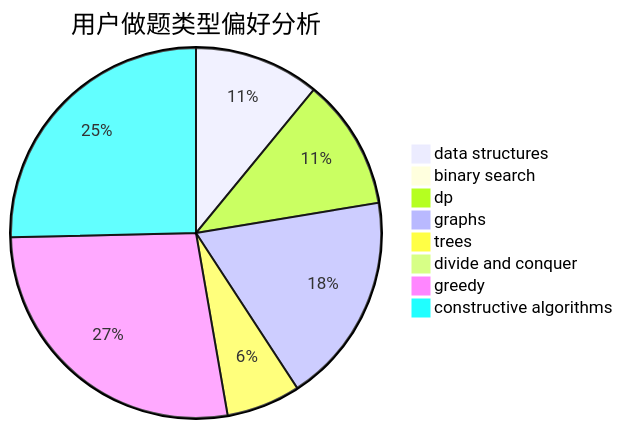
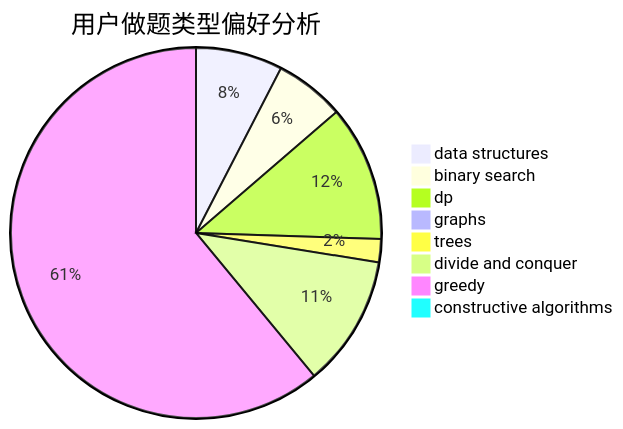
The second of 3 diagrams in docs/user/u265.md (sherpahu/cfrs.github.io), drawn with Mermaid before and after one commit. The commit also changed other lines of this file and 2770 other files, not shown here.

````diff
--- a/docs/user/u265.md
+++ b/docs/user/u265.md
@@ -23,11 +23,11 @@
 ```mermaid
 pie title 用户做题类型偏好分析
-    "data structures" :  22
-    "binary search" :  2
-    "dp" :  23
-    "graphs" :  37
-    "trees" :  13
-    "divide and conquer" :  0
-    "greedy" :  55
-    "constructive algorithms" :  51
+    "data structures" :  41
+    "binary search" :  33
+    "dp" :  64
+    "graphs" :  0
+    "trees" :  11
+    "divide and conquer" :  62
+    "greedy" :  330
+    "constructive algorithms" :  3
 ```
````
